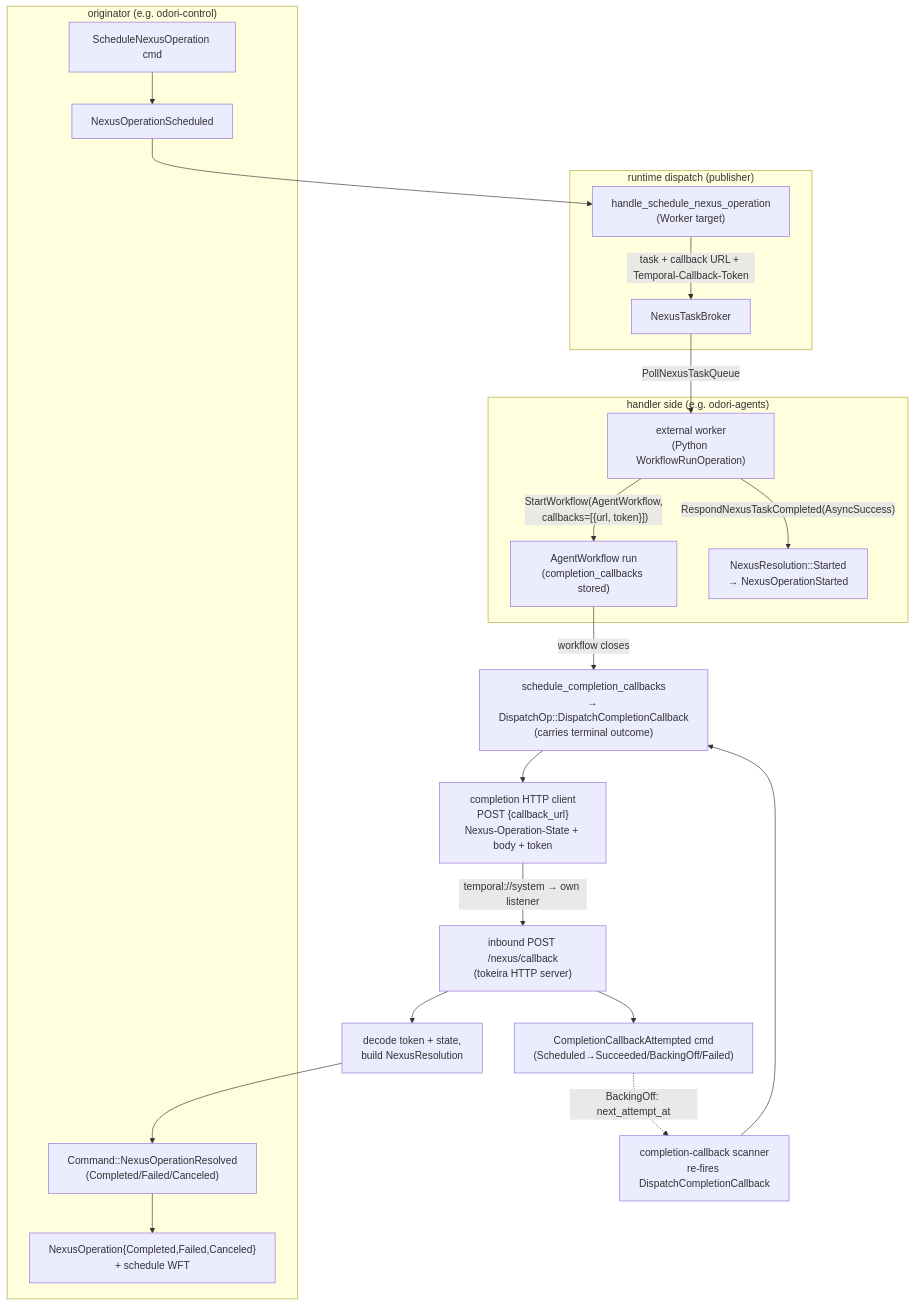
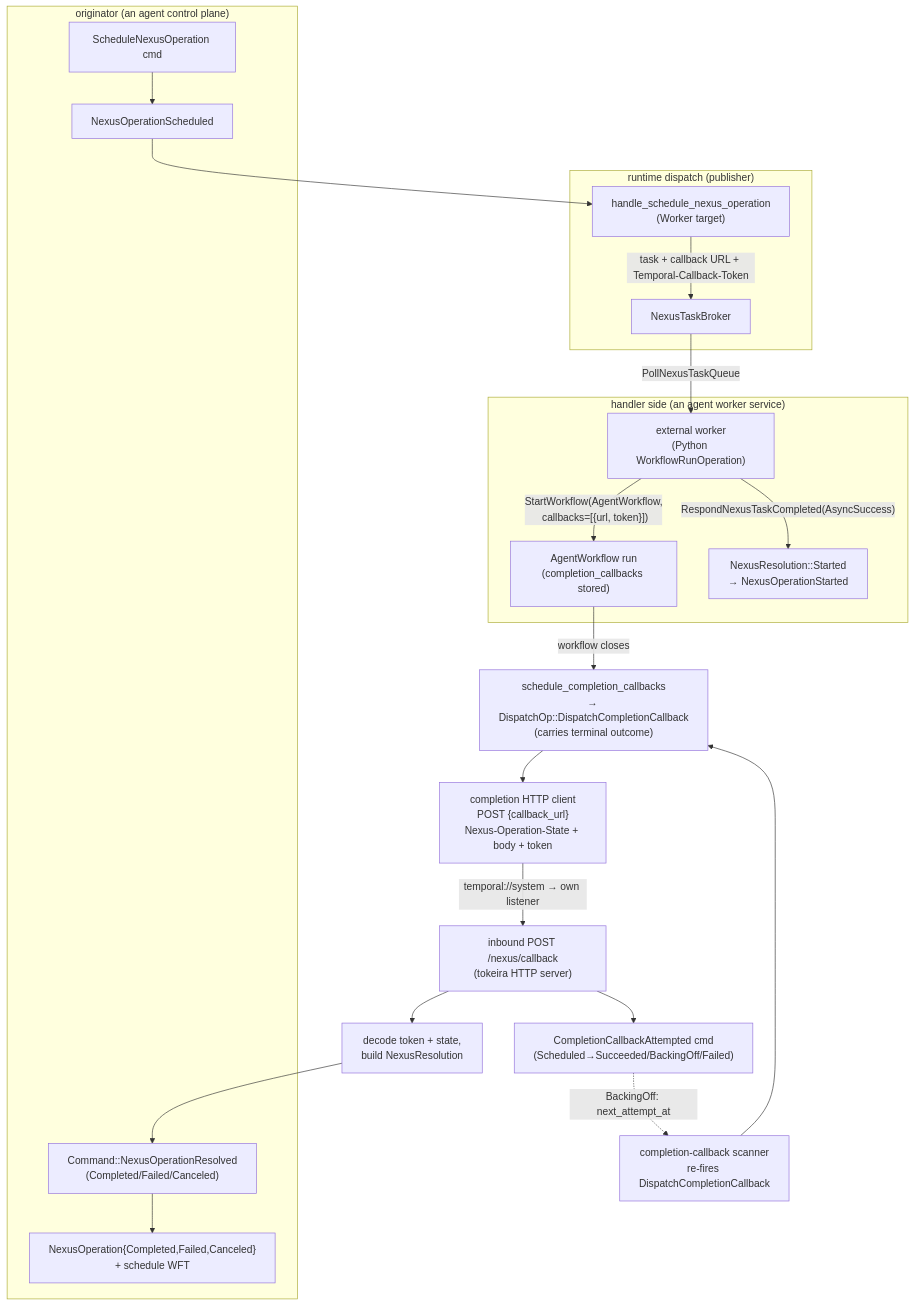
One commit to tokeira/tokeira changed the diagram in .kiro/specs/nexus-async-completion/design.md. Above: the diagram before and after it, drawn with Mermaid. The commit also changed other lines of this file and 10 other files, not shown here.

````diff
--- a/.kiro/specs/nexus-async-completion/design.md
+++ b/.kiro/specs/nexus-async-completion/design.md
@@ -92,24 +92,24 @@
 ```mermaid
 flowchart TD
-    subgraph caller["originator (e.g. odori-control)"]
+    subgraph caller["originator (an agent control plane)"]
       Sched["ScheduleNexusOperation cmd"] --> SchedEv["NexusOperationScheduled"]
       Resolve["Command::NexusOperationResolved\n(Completed/Failed/Canceled)"] --> Term["NexusOperation{Completed,Failed,Canceled}\n+ schedule WFT"]
     end
     subgraph dispatch["runtime dispatch (publisher)"]
       SchedEv --> Disp["handle_schedule_nexus_operation\n(Worker target)"]
       Disp -->|"task + callback URL + Temporal-Callback-Token"| Broker["NexusTaskBroker"]
     end
-    subgraph handler["handler side (e.g. odori-agents)"]
+    subgraph handler["handler side (an agent worker service)"]
       Broker -->|PollNexusTaskQueue| Worker["external worker\n(Python WorkflowRunOperation)"]
       Worker -->|"StartWorkflow(AgentWorkflow,\n callbacks=[{url, token}])"| Agent["AgentWorkflow run\n(completion_callbacks stored)"]
       Worker -->|"RespondNexusTaskCompleted(AsyncSuccess)"| StartedRes["NexusResolution::Started\n→ NexusOperationStarted"]
     end
     Agent -->|"workflow closes"| Fire["schedule_completion_callbacks\n→ DispatchOp::DispatchCompletionCallback\n(carries terminal outcome)"]
     Fire --> Client["completion HTTP client\nPOST {callback_url}\nNexus-Operation-State + body + token"]
     Client -->|"temporal://system → own listener"| Endpoint["inbound POST /nexus/callback\n(tokeira HTTP server)"]
     Endpoint --> Decode["decode token + state,\nbuild NexusResolution"]
     Decode --> Resolve
     Endpoint --> Lifecycle["CompletionCallbackAttempted cmd\n(Scheduled→Succeeded/BackingOff/Failed)"]
     Lifecycle -.->|BackingOff: next_attempt_at| Scanner["completion-callback scanner\nre-fires DispatchCompletionCallback"]
     Scanner --> Fire
 ```
````
